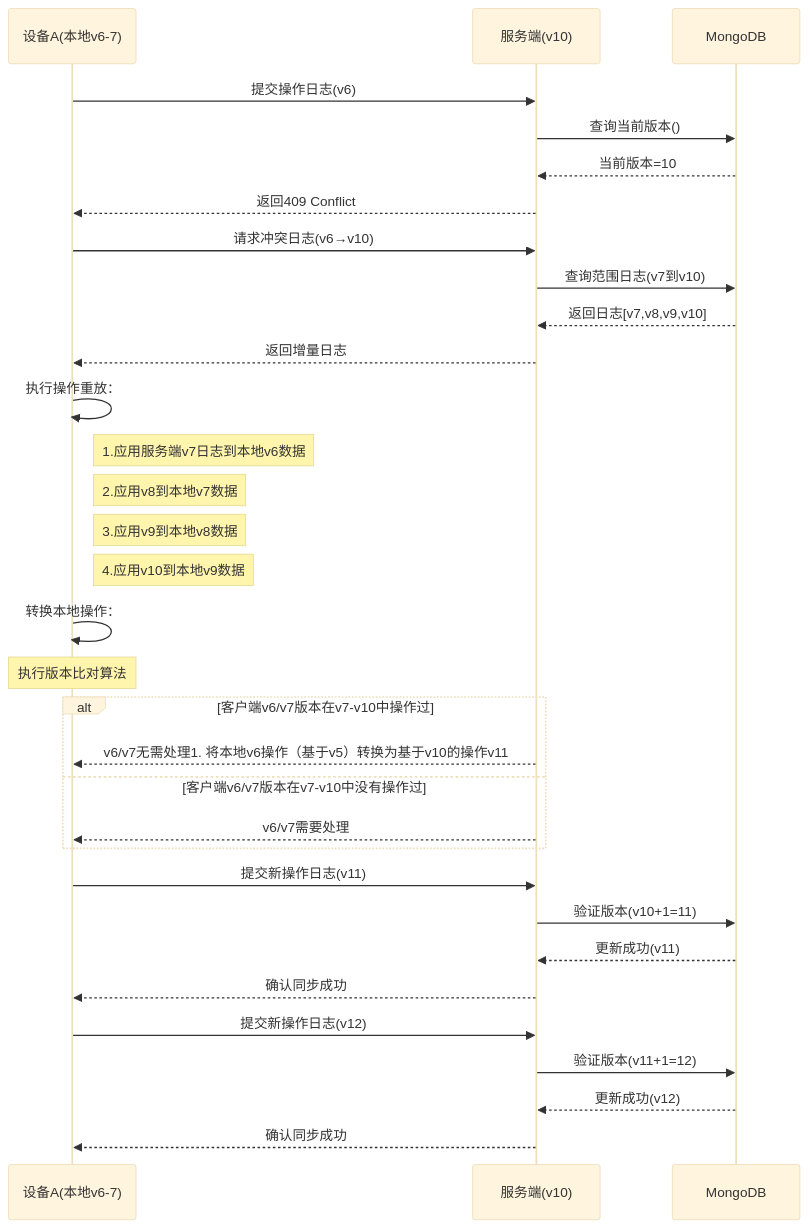
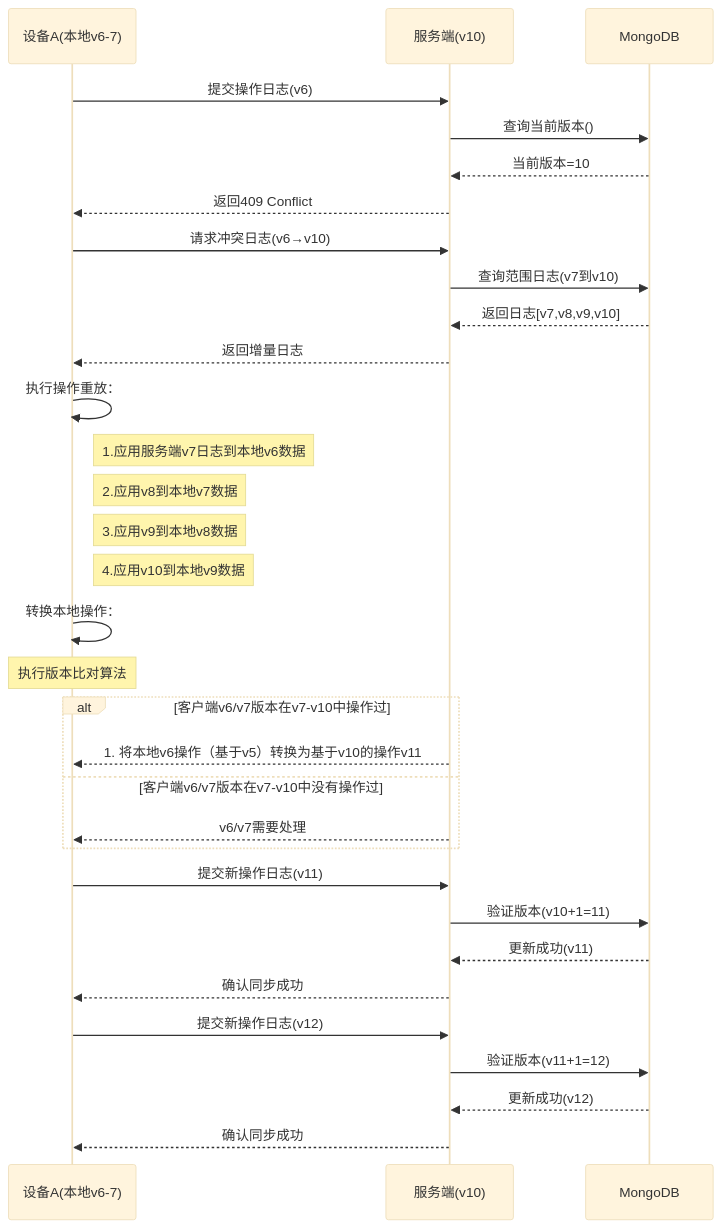
One commit to yingjianzh/iodraw-files changed the diagram in all/未命名-26.md. Above: the diagram before and after it, drawn with Mermaid (base theme).

Commit message:
2025-02-26 16:52:11 update

````diff
--- a/all/未命名-26.md
+++ b/all/未命名-26.md
@@ -1,46 +1,46 @@
 ```mermaid
 sequenceDiagram
     participant A as 设备A(本地v6-7)
     participant S as 服务端(v10)
     participant DB as MongoDB
 
     %% 初始同步尝试
     A->>S: 提交操作日志(v6)
     S->>DB: 查询当前版本()
     DB-->>S: 当前版本=10
     S-->>A: 返回409 Conflict
 
     %% 冲突解决阶段
     A->>S: 请求冲突日志(v6→v10)
     S->>DB: 查询范围日志(v7到v10)
     DB-->>S: 返回日志[v7,v8,v9,v10]
     S-->>A: 返回增量日志
 
 
     %% 本地数据重建
     A->>A: 执行操作重放：
     note right of A: 1.应用服务端v7日志到本地v6数据
     note right of A: 2.应用v8到本地v7数据
     note right of A: 3.应用v9到本地v8数据
     note right of A: 4.应用v10到本地v9数据
 
     %% 本地操作转换
     A->>A: 转换本地操作：
     Note over A: 执行版本比对算法
     alt 客户端v6/v7版本在v7-v10中操作过
-        S-->>A: v6/v7无需处理1. 将本地v6操作（基于v5）转换为基于v10的操作v11
+        S-->>A:  1. 将本地v6操作（基于v5）转换为基于v10的操作v11
     else 客户端v6/v7版本在v7-v10中没有操作过
         S-->>A: v6/v7需要处理
     end
 
     %% 重新提交
     A->>S: 提交新操作日志(v11)
     S->>DB: 验证版本(v10+1=11)
     DB-->>S: 更新成功(v11)
     S-->>A: 确认同步成功
 
     A->>S: 提交新操作日志(v12)
     S->>DB: 验证版本(v11+1=12)
     DB-->>S: 更新成功(v12)
     S-->>A: 确认同步成功
 ```
````
